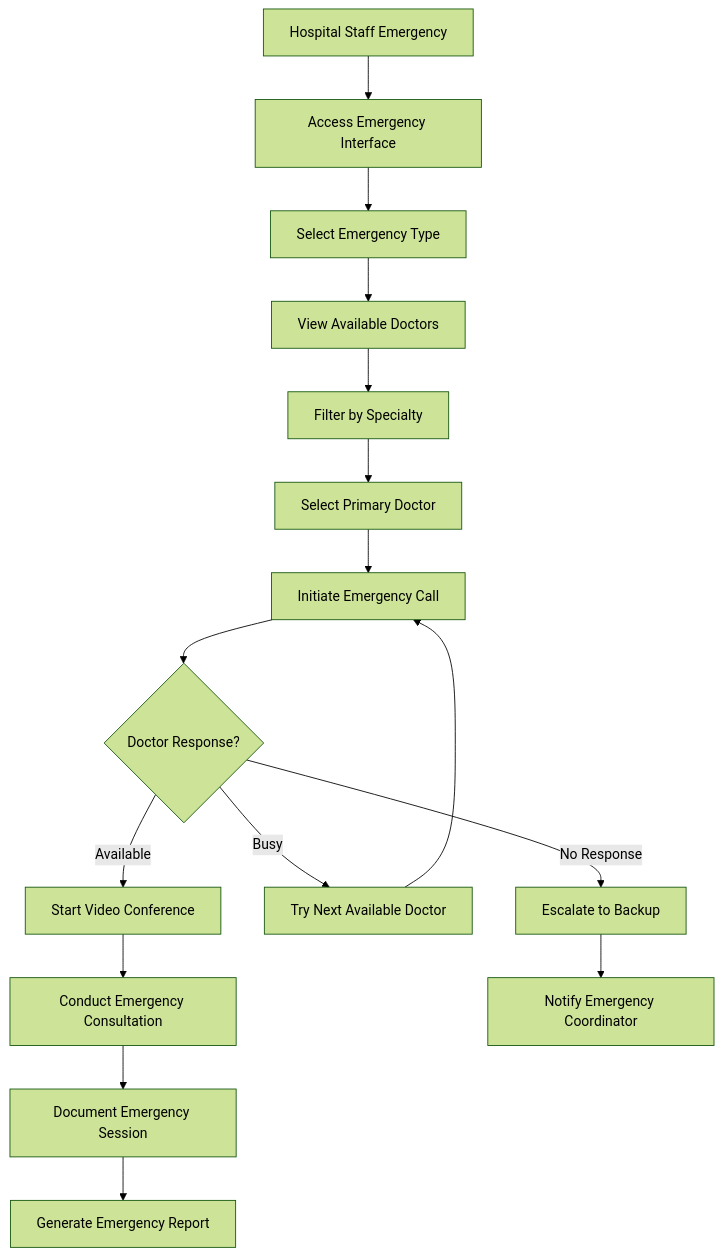
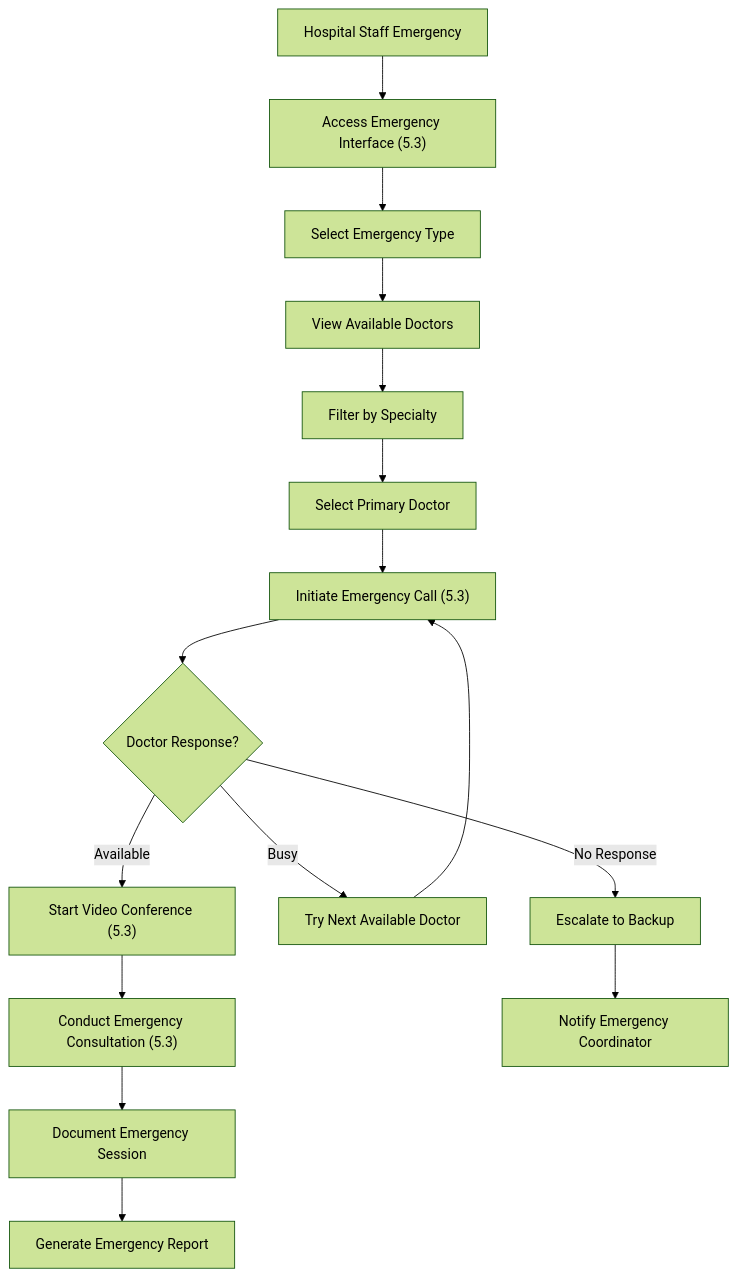
Before and after one commit to noumanjavaid96/Mediverse: the fifth of 6 diagrams in Document Presented.md, drawn with Mermaid (forest theme). The commit also changed other lines of this file, not shown here.

````diff
--- a/Document Presented.md
+++ b/Document Presented.md
@@ -369,19 +369,18 @@
 ```mermaid
 flowchart TD
-    A[Hospital Staff Emergency] --> B[Access Emergency Interface]
+    A[Hospital Staff Emergency] --> B["Access Emergency Interface (5.3)"]
     B --> C[Select Emergency Type]
     C --> D[View Available Doctors]
     D --> E[Filter by Specialty]
     E --> F[Select Primary Doctor]
-    F --> G[Initiate Emergency Call]
+    F --> G["Initiate Emergency Call (5.3)"]
     G --> H{Doctor Response?}
-    H -->|Available| I[Start Video Conference]
+    H -->|Available| I["Start Video Conference (5.3)"]
     H -->|Busy| J[Try Next Available Doctor]
     H -->|No Response| K[Escalate to Backup]
-    I --> L[Conduct Emergency Consultation]
+    I --> L["Conduct Emergency Consultation (5.3)"]
     J --> G
     K --> M[Notify Emergency Coordinator]
     L --> N[Document Emergency Session]
     N --> O[Generate Emergency Report]
-
 ```
````
